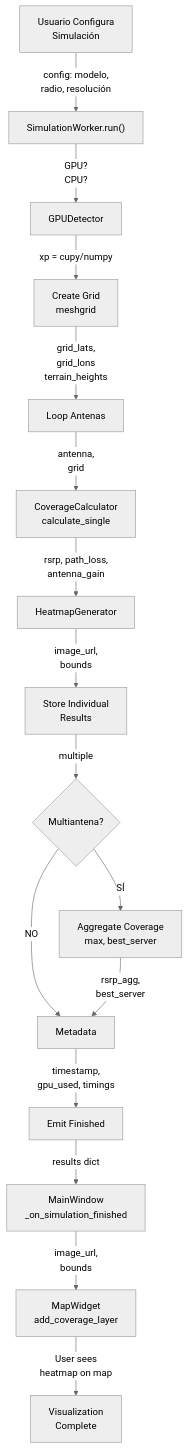
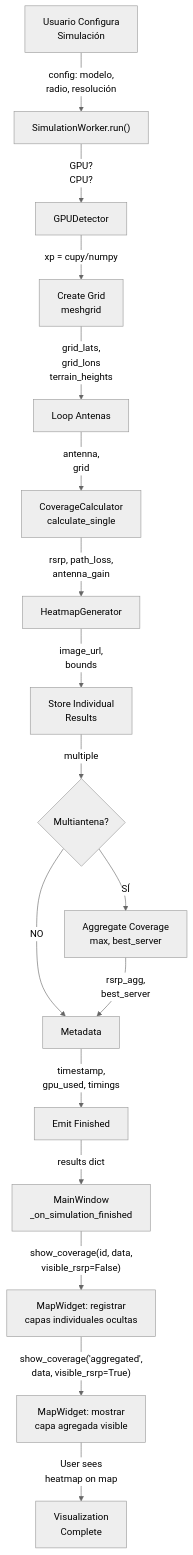
The diagram in docs/09_PIPELINE_SIMULACION_FLUJO.md (Darioxavierl/radio-coverage-simulator), drawn with Mermaid (neutral theme) before and after one commit. The commit also changed other lines of this file and 10 other files, not shown here.

````diff
--- a/docs/09_PIPELINE_SIMULACION_FLUJO.md
+++ b/docs/09_PIPELINE_SIMULACION_FLUJO.md
@@ -11,18 +11,19 @@
 ```mermaid
 graph TD
     A["Usuario Configura<br/>Simulación"] -->|"config: modelo,<br/>radio, resolución"| B["SimulationWorker.run()"]
     B -->|"GPU?<br/>CPU?"| C["GPUDetector"]
     C -->|"xp = cupy/numpy"| D["Create Grid<br/>meshgrid"]
     D -->|"grid_lats,<br/>grid_lons<br/>terrain_heights"| E["Loop Antenas"]
     E -->|"antenna,<br/>grid"| F["CoverageCalculator<br/>calculate_single"]
     F -->|"rsrp, path_loss,<br/>antenna_gain"| G["HeatmapGenerator"]
     G -->|"image_url,<br/>bounds"| H["Store Individual<br/>Results"]
     H -->|"multiple"| I{"Multiantena?"}
     I -->|"SÍ"| J["Aggregate Coverage<br/>max, best_server"]
     I -->|"NO"| K["Metadata"]
     J -->|"rsrp_agg,<br/>best_server"| K
     K -->|"timestamp,<br/>gpu_used, timings"| L["Emit Finished"]
     L -->|"results dict"| M["MainWindow<br/>_on_simulation_finished"]
-    M -->|"image_url,<br/>bounds"| N["MapWidget<br/>add_coverage_layer"]
-    N -->|"User sees<br/>heatmap on map"| O["Visualization<br/>Complete"]
+    M -->|"show_coverage(id, data,<br/>visible_rsrp=False)"| N["MapWidget: registrar<br/>capas individuales ocultas"]
+    N -->|"show_coverage('aggregated',<br/>data, visible_rsrp=True)"| P["MapWidget: mostrar<br/>capa agregada visible"]
+    P -->|"User sees<br/>heatmap on map"| O["Visualization<br/>Complete"]
 ```
````
